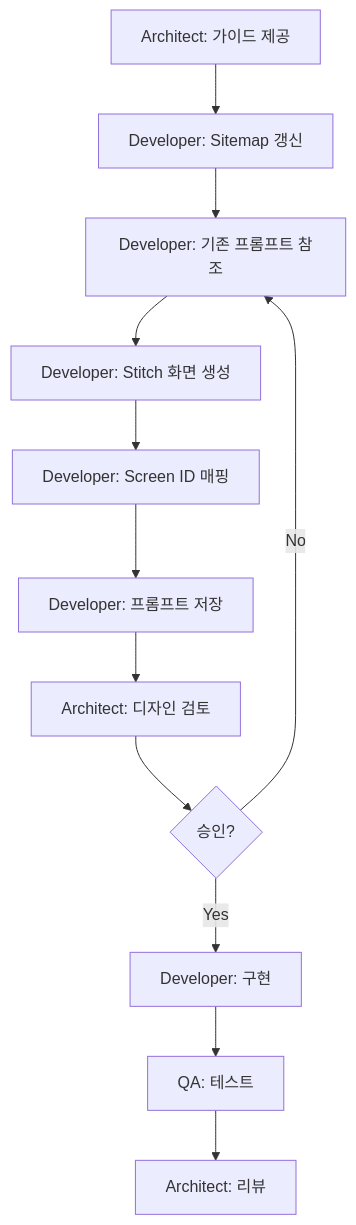
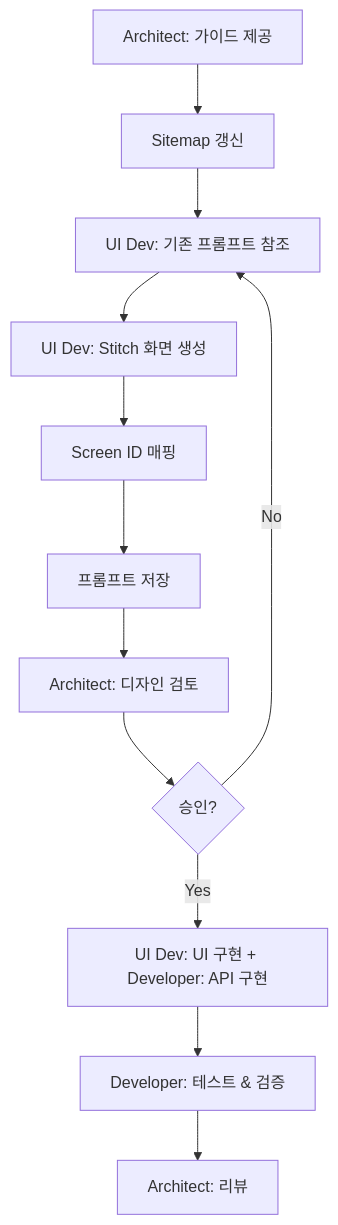
Before and after one commit to teenfo/BCL-portal: the second of 3 diagrams in .antigravity/workflows/feature-workflow.md, drawn with Mermaid. The commit also changed other lines of this file and 46 other files, not shown here.

````diff
--- a/.antigravity/workflows/feature-workflow.md
+++ b/.antigravity/workflows/feature-workflow.md
@@ -78,14 +80,14 @@
 ```mermaid
 graph TD
-    A[Architect: 가이드 제공] --> B[Developer: Sitemap 갱신]
-    B --> C[Developer: 기존 프롬프트 참조]
-    C --> D[Developer: Stitch 화면 생성]
-    D --> E[Developer: Screen ID 매핑]
-    E --> F[Developer: 프롬프트 저장]
+    A[Architect: 가이드 제공] --> B[Sitemap 갱신]
+    B --> C[UI Dev: 기존 프롬프트 참조]
+    C --> D[UI Dev: Stitch 화면 생성]
+    D --> E[Screen ID 매핑]
+    E --> F[프롬프트 저장]
     F --> G[Architect: 디자인 검토]
     G --> H{승인?}
     H -->|No| C
-    H -->|Yes| I[Developer: 구현]
-    I --> J[QA: 테스트]
+    H -->|Yes| I[UI Dev: UI 구현 + Developer: API 구현]
+    I --> J[Developer: 테스트 & 검증]
     J --> K[Architect: 리뷰]
 ```
````
